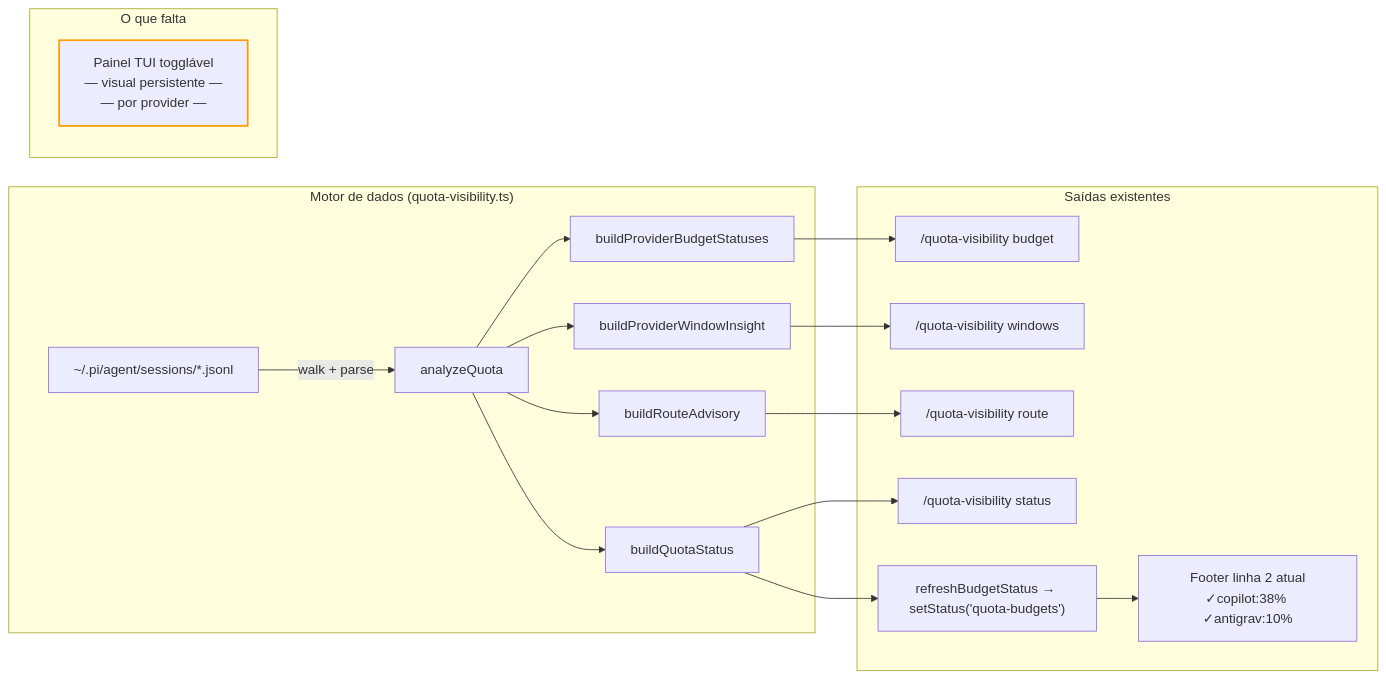
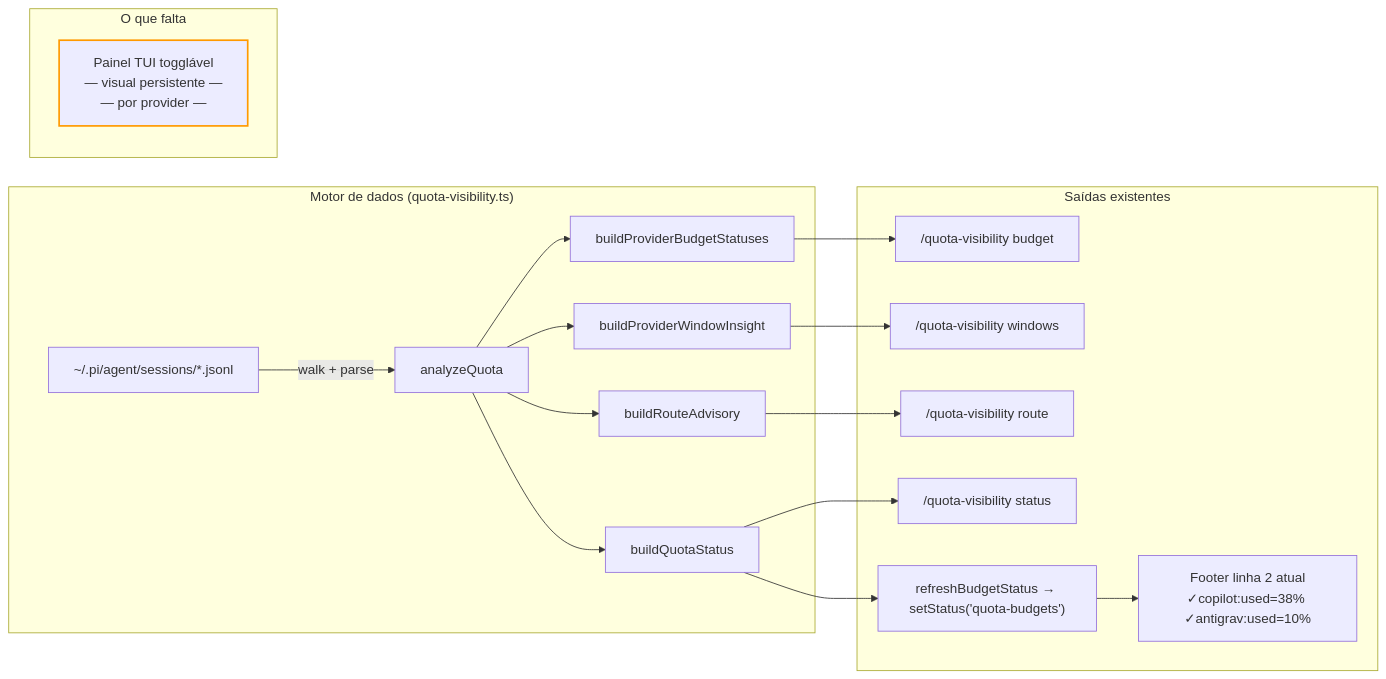
Before and after one commit to aretw0/agents-lab: the first of 3 diagrams in docs/architecture/provider-usage-tui-design.md, drawn with Mermaid. The commit also changed other lines of this file and 10 other files, not shown here.

````diff
--- a/docs/architecture/provider-usage-tui-design.md
+++ b/docs/architecture/provider-usage-tui-design.md
@@ -27,24 +27,24 @@
 ```mermaid
 graph LR
     subgraph "Motor de dados (quota-visibility.ts)"
         A["~/.pi/agent/sessions/*.jsonl"] -->|walk + parse| B[analyzeQuota]
         B --> C[buildProviderBudgetStatuses]
         B --> D[buildProviderWindowInsight]
         B --> E[buildRouteAdvisory]
         B --> F[buildQuotaStatus]
     end
 
     subgraph "Saídas existentes"
         C --> G["/quota-visibility budget"]
         D --> H["/quota-visibility windows"]
         E --> I["/quota-visibility route"]
         F --> J["/quota-visibility status"]
         F --> K["refreshBudgetStatus → setStatus('quota-budgets')"]
-        K --> L["Footer linha 2 atual\n✓copilot:38% ✓antigrav:10%"]
+        K --> L["Footer linha 2 atual\n✓copilot:used=38% ✓antigrav:used=10%"]
     end
 
     subgraph "O que falta"
         M["Painel TUI togglável\n— visual persistente —\n— por provider —"]
         style M stroke:#f90,stroke-width:2px
     end
 ```
````
